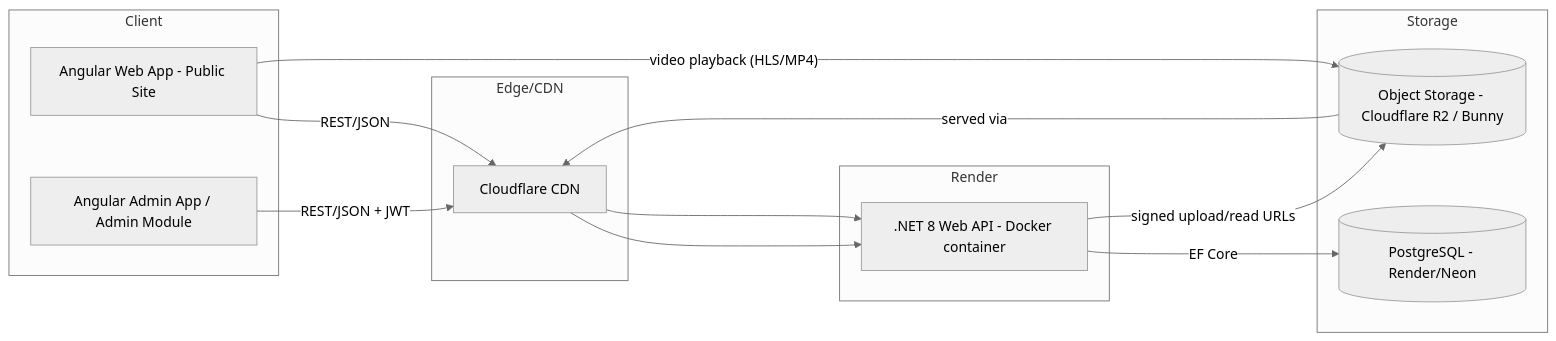
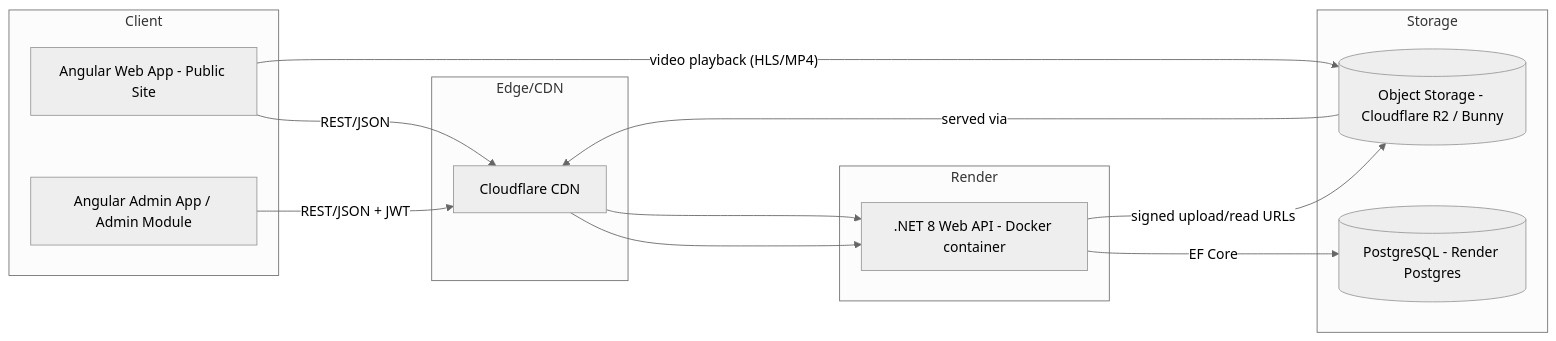
One commit to Jai1773/AniSpeaker changed the first of 2 diagrams in ANISPEAKER_ARCHITECTURE.md. Above: the diagram before and after it, drawn with Mermaid (neutral theme). The commit also changed other lines of this file and 124 other files, not shown here.

````diff
--- a/ANISPEAKER_ARCHITECTURE.md
+++ b/ANISPEAKER_ARCHITECTURE.md
@@ -41,27 +41,27 @@
 ```mermaid
 flowchart LR
     subgraph Client
         A[Angular Web App - Public Site]
         B[Angular Admin App / Admin Module]
     end
 
     subgraph Edge/CDN
         CF[Cloudflare CDN]
     end
 
     subgraph Render
         API[.NET 8 Web API - Docker container]
     end
 
     subgraph Storage
-        DB[(PostgreSQL - Render/Neon)]
+        DB[(PostgreSQL - Render Postgres)]
         OBJ[(Object Storage - Cloudflare R2 / Bunny)]
     end
 
     A -- REST/JSON --> CF --> API
     B -- REST/JSON + JWT --> CF --> API
     API -- EF Core --> DB
     API -- signed upload/read URLs --> OBJ
     A -- video playback (HLS/MP4) --> OBJ
     OBJ -- served via --> CF
 ```
````
